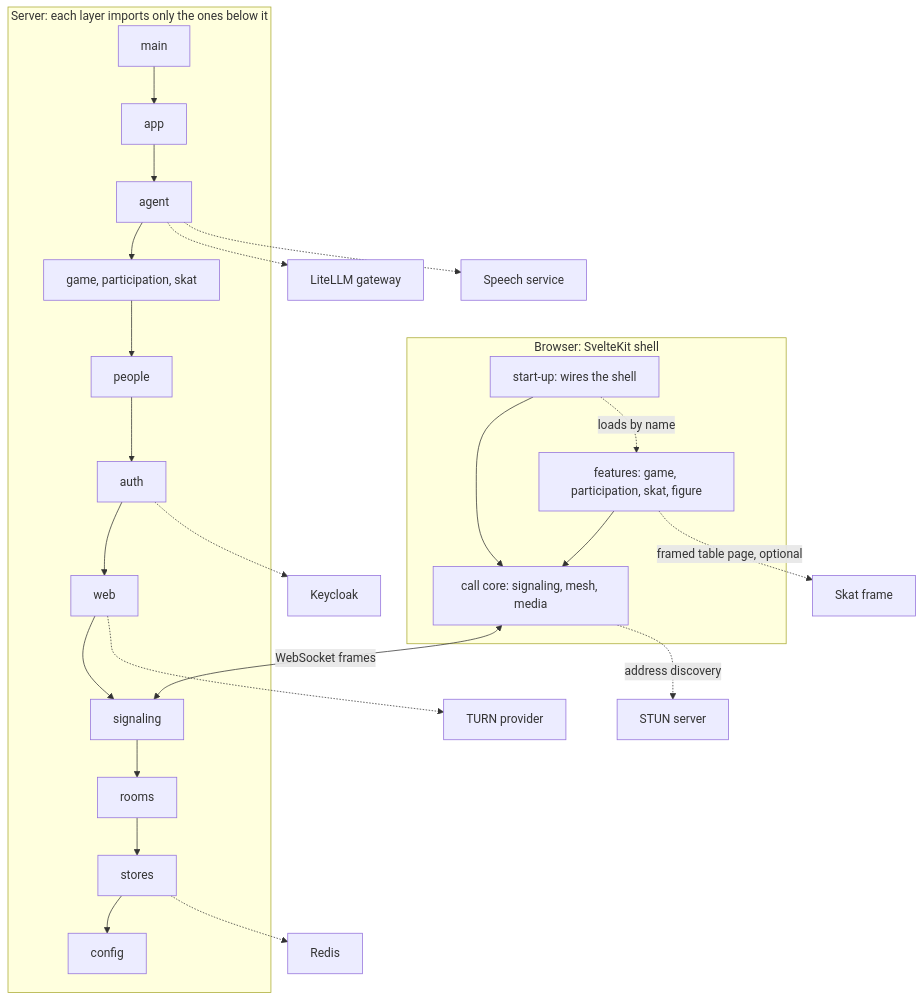
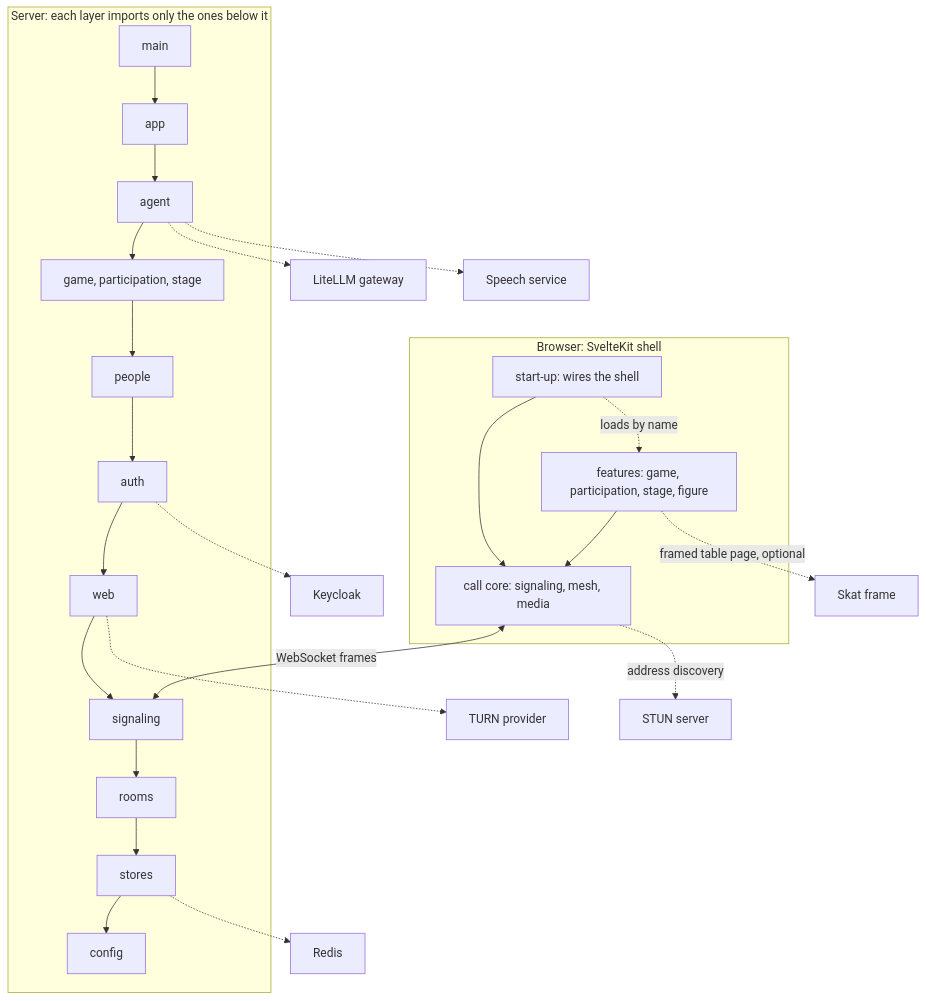
The second of 4 diagrams in docs/ARCHITECTURE.md (overnightworks/hopin), drawn with Mermaid before and after one commit. The commit also changed other lines of this file and 41 other files, not shown here.

First line of the commit message:
Rename the skat seam to stage (#1056)

````diff
--- a/docs/ARCHITECTURE.md
+++ b/docs/ARCHITECTURE.md
@@ -35,20 +35,20 @@
 ```mermaid
 flowchart TB
     subgraph browser["Browser: SvelteKit shell"]
         shell["start-up: wires the shell"] --> core["call core: signaling, mesh, media"]
-        shell -. "loads by name" .-> feats["features: game, participation, skat, figure"]
+        shell -. "loads by name" .-> feats["features: game, participation, stage, figure"]
         feats --> core
     end
     core <-- "WebSocket frames" --> sig
     core -. "address discovery" .-> ST[STUN server]
     feats -. "framed table page, optional" .-> SK[Skat frame]
     subgraph server["Server: each layer imports only the ones below it"]
         main --> app --> agent --> features --> people --> auth --> web --> sig[signaling] --> rooms --> stores --> config
-        features["game, participation, skat"]
+        features["game, participation, stage"]
     end
     auth -.-> KC[Keycloak]
     stores -.-> RD[Redis]
     agent -.-> LL[LiteLLM gateway]
     agent -.-> SP[Speech service]
     web -.-> TU[TURN provider]
 ```
````
